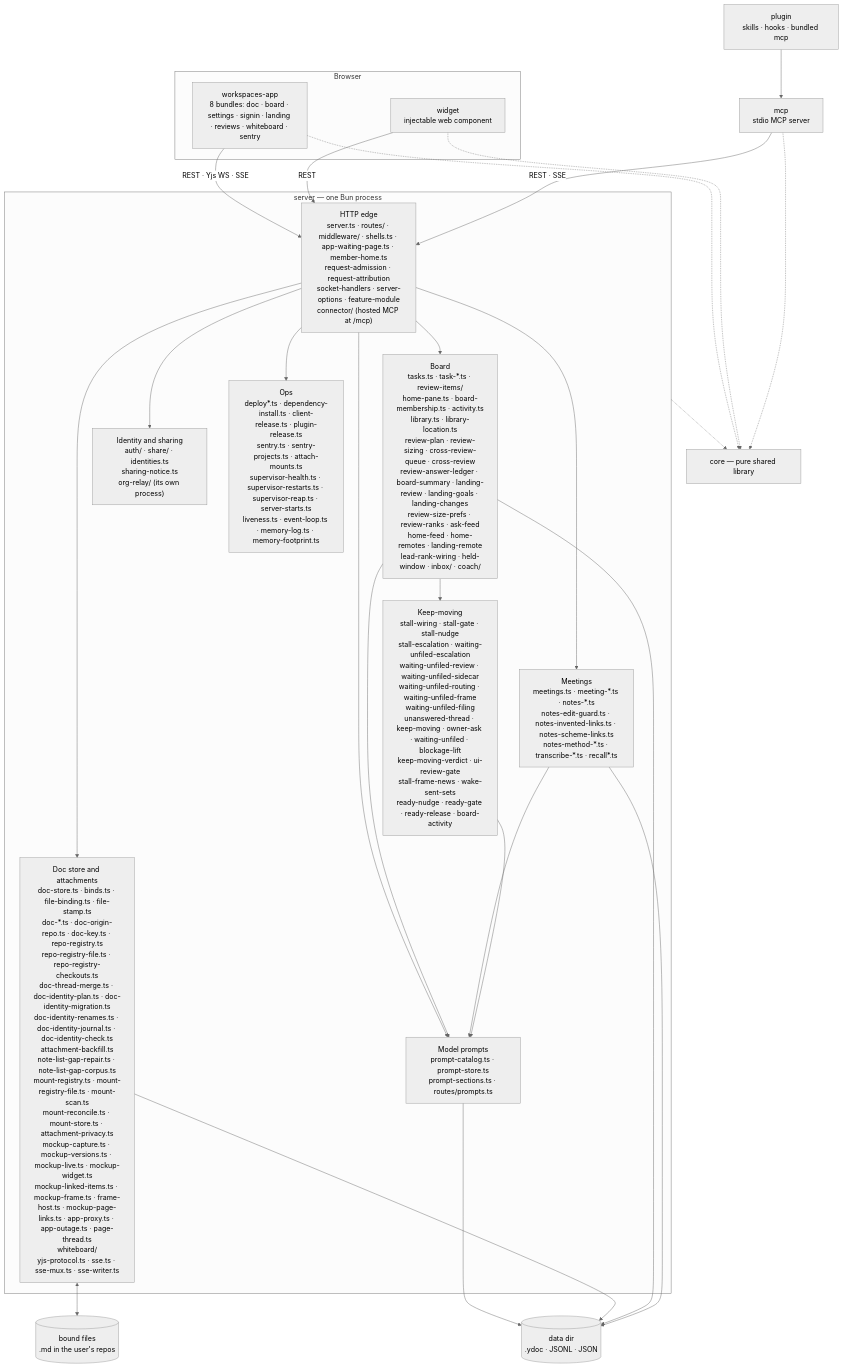
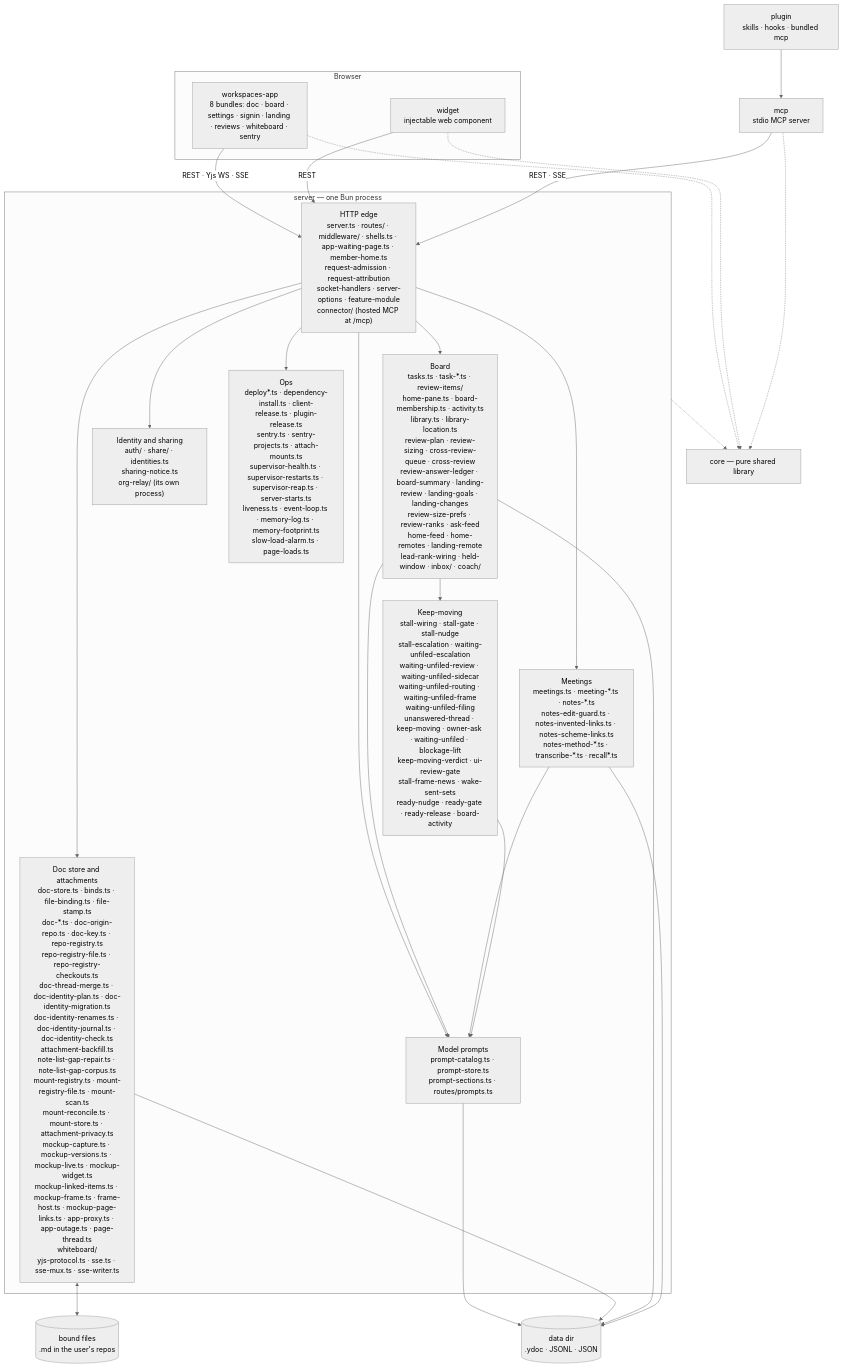
The first of 2 diagrams in docs/architecture/overview.md (fryanpan/claude-workspaces-plugin), drawn with Mermaid (neutral theme) before and after one commit. The commit also changed other lines of this file and 1 other file, not shown here.

First line of the commit message:
The architecture docs name the page load reports and their routes

````diff
--- a/docs/architecture/overview.md
+++ b/docs/architecture/overview.md
@@ -45,35 +45,35 @@
 ```mermaid
 flowchart TB
   subgraph browser[Browser]
     app["workspaces-app<br/>8 bundles: doc · board · settings · signin · landing · reviews · whiteboard · sentry"]
     wid["widget<br/>injectable web component"]
   end
   plug["plugin<br/>skills · hooks · bundled mcp"]
   mcp["mcp<br/>stdio MCP server"]
   subgraph srv["server — one Bun process"]
     edge["HTTP edge<br/>server.ts · routes/ · middleware/ · shells.ts · app-waiting-page.ts · member-home.ts<br/>request-admission · request-attribution<br/>socket-handlers · server-options · feature-module<br/>connector/ (hosted MCP at /mcp)"]
     docs["Doc store and attachments<br/>doc-store.ts · binds.ts · file-binding.ts · file-stamp.ts<br/>doc-*.ts · doc-origin-repo.ts · doc-key.ts · repo-registry.ts<br/>repo-registry-file.ts · repo-registry-checkouts.ts<br/>doc-thread-merge.ts · doc-identity-plan.ts · doc-identity-migration.ts<br/>doc-identity-renames.ts · doc-identity-journal.ts · doc-identity-check.ts<br/>attachment-backfill.ts<br/>note-list-gap-repair.ts · note-list-gap-corpus.ts<br/>mount-registry.ts · mount-registry-file.ts · mount-scan.ts<br/>mount-reconcile.ts · mount-store.ts · attachment-privacy.ts<br/>mockup-capture.ts · mockup-versions.ts · mockup-live.ts · mockup-widget.ts<br/>mockup-linked-items.ts · mockup-frame.ts · frame-host.ts · mockup-page-links.ts · app-proxy.ts · app-outage.ts · page-thread.ts<br/>whiteboard/<br/>yjs-protocol.ts · sse.ts · sse-mux.ts · sse-writer.ts"]
     board["Board<br/>tasks.ts · task-*.ts · review-items/<br/>home-pane.ts · board-membership.ts · activity.ts<br/>library.ts · library-location.ts<br/>review-plan · review-sizing · cross-review-queue · cross-review<br/>review-answer-ledger · board-summary · landing-review · landing-goals · landing-changes<br/>review-size-prefs · review-ranks · ask-feed<br/>home-feed · home-remotes · landing-remote<br/>lead-rank-wiring · held-window · inbox/ · coach/"]
     meet["Meetings<br/>meetings.ts · meeting-*.ts · notes-*.ts<br/>notes-edit-guard.ts · notes-invented-links.ts · notes-scheme-links.ts<br/>notes-method-*.ts · transcribe-*.ts · recall*.ts"]
     keep["Keep-moving<br/>stall-wiring · stall-gate · stall-nudge<br/>stall-escalation · waiting-unfiled-escalation<br/>waiting-unfiled-review · waiting-unfiled-sidecar<br/>waiting-unfiled-routing · waiting-unfiled-frame<br/>waiting-unfiled-filing<br/>unanswered-thread · keep-moving · owner-ask · waiting-unfiled · blockage-lift<br/>keep-moving-verdict · ui-review-gate<br/>stall-frame-news · wake-sent-sets<br/>ready-nudge · ready-gate · ready-release · board-activity"]
     ident["Identity and sharing<br/>auth/ · share/ · identities.ts<br/>sharing-notice.ts<br/>org-relay/ (its own process)"]
     prompts["Model prompts<br/>prompt-catalog.ts · prompt-store.ts<br/>prompt-sections.ts · routes/prompts.ts"]
-    ops["Ops<br/>deploy*.ts · dependency-install.ts · client-release.ts · plugin-release.ts<br/>sentry.ts · sentry-projects.ts · attach-mounts.ts<br/>supervisor-health.ts · supervisor-restarts.ts · supervisor-reap.ts · server-starts.ts<br/>liveness.ts · event-loop.ts · memory-log.ts · memory-footprint.ts"]
+    ops["Ops<br/>deploy*.ts · dependency-install.ts · client-release.ts · plugin-release.ts<br/>sentry.ts · sentry-projects.ts · attach-mounts.ts<br/>supervisor-health.ts · supervisor-restarts.ts · supervisor-reap.ts · server-starts.ts<br/>liveness.ts · event-loop.ts · memory-log.ts · memory-footprint.ts<br/>slow-load-alarm.ts · page-loads.ts"]
   end
   core["core — pure shared library"]
   disk[("data dir<br/>.ydoc · JSONL · JSON")]
   files[("bound files<br/>.md in the user's repos")]
 
   app -->|"REST · Yjs WS · SSE"| edge
   wid -->|REST| edge
   plug --> mcp
   mcp -->|"REST · SSE"| edge
   edge --> docs & board & meet & ident & ops & prompts
   board & meet & keep --> prompts
   prompts --> disk
   board --> keep
   docs <--> files
   docs & board & meet --> disk
   app & wid & mcp -.-> core
   srv -.-> core
 ```
````
